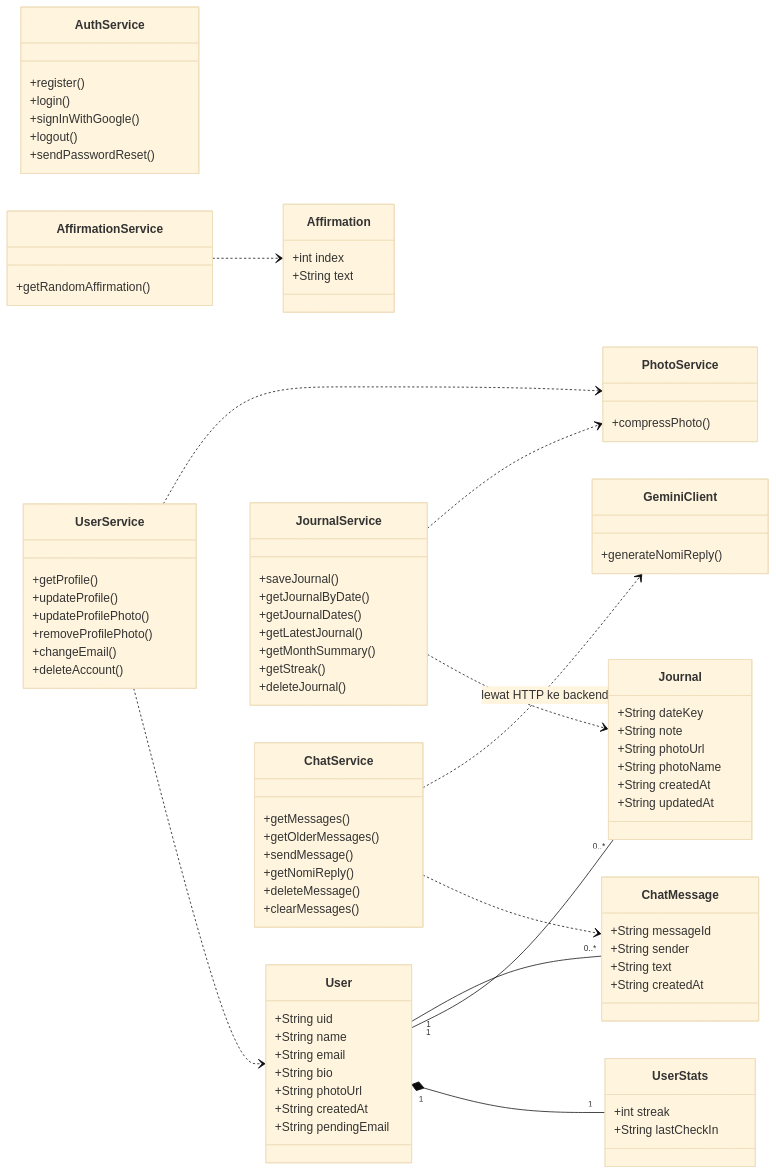
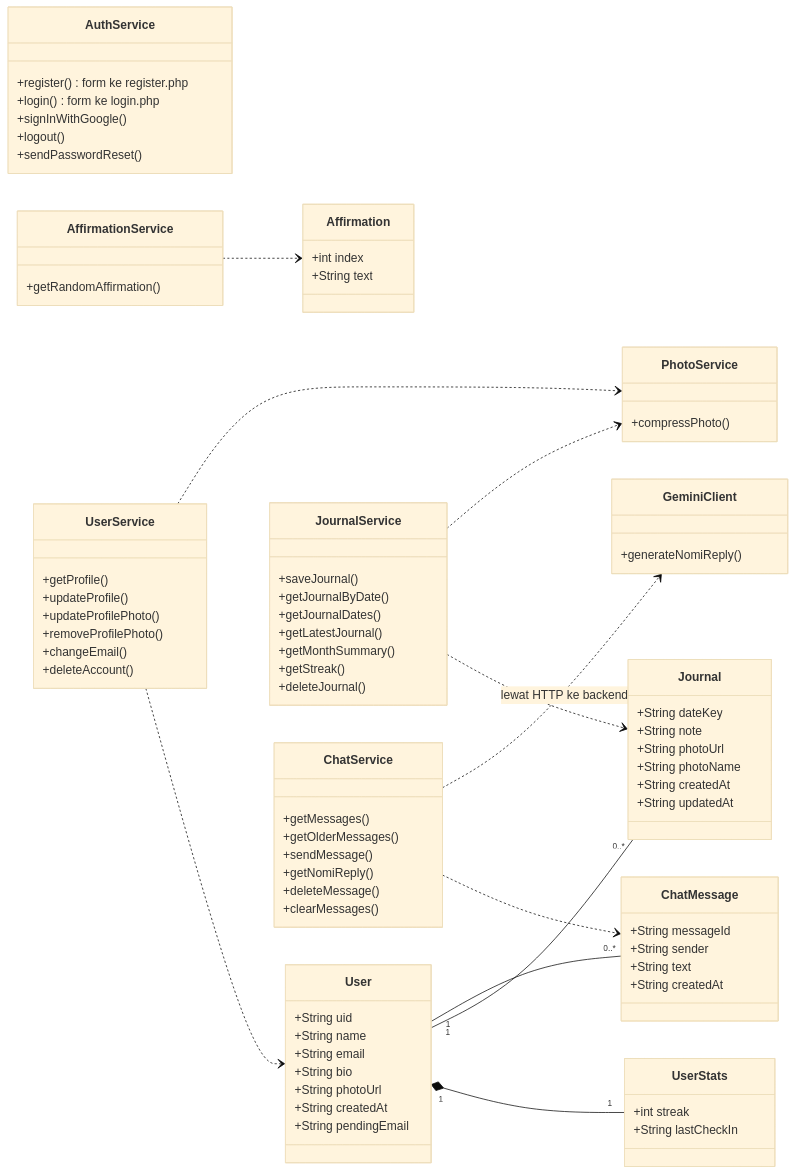
The second of 2 diagrams in docs/prd/Senara_PRD.md (dessicahartono/Senara-Project), drawn with Mermaid (base theme) before and after one commit. The commit also changed other lines of this file and 1 other file, not shown here.

Commit message:
docs(readme): tambah arsitektur, crud, struktur database

```diff
--- a/docs/prd/Senara_PRD.md
+++ b/docs/prd/Senara_PRD.md
@@ -420,8 +420,8 @@
         +String text
     }
     class AuthService {
-        +register()
-        +login()
+        +register() form ke register.php
+        +login() form ke login.php
         +signInWithGoogle()
         +logout()
         +sendPasswordReset()
```
